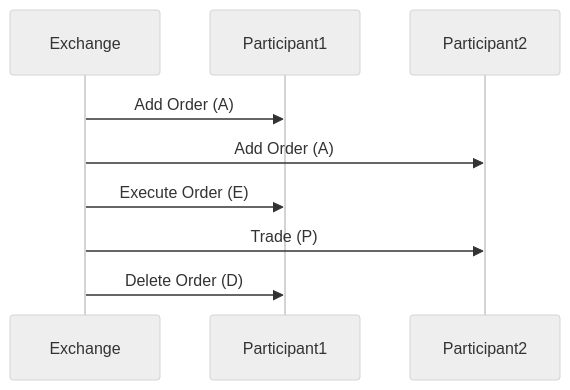
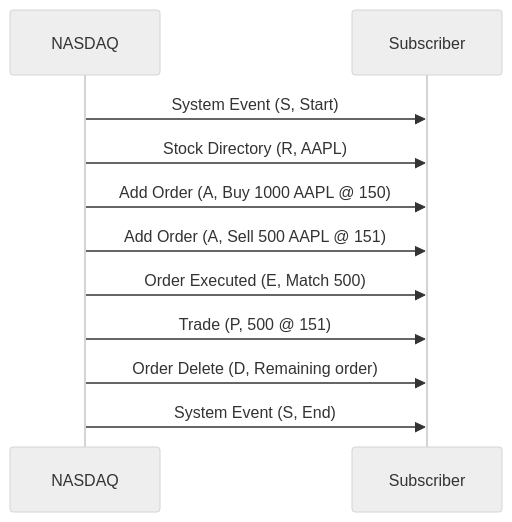
Before and after one commit to VrushankPatel/interview-matters: the diagram in trading/protocols/itch-protocol/README.md, drawn with Mermaid (neutral theme). The commit also changed other lines of this file and 66 other files, not shown here.

````diff
--- a/trading/protocols/itch-protocol/README.md
+++ b/trading/protocols/itch-protocol/README.md
@@ -61,12 +72,14 @@
 ```mermaid
 sequenceDiagram
-    participant Exchange
-    participant Participant1
-    participant Participant2
+    participant N as NASDAQ
+    participant S as Subscriber
 
-    Exchange->>Participant1: Add Order (A)
-    Exchange->>Participant2: Add Order (A)
-    Exchange->>Participant1: Execute Order (E)
-    Exchange->>Participant2: Trade (P)
-    Exchange->>Participant1: Delete Order (D)
+    N->>S: System Event (S, Start)
+    N->>S: Stock Directory (R, AAPL)
+    N->>S: Add Order (A, Buy 1000 AAPL @ 150)
+    N->>S: Add Order (A, Sell 500 AAPL @ 151)
+    N->>S: Order Executed (E, Match 500)
+    N->>S: Trade (P, 500 @ 151)
+    N->>S: Order Delete (D, Remaining order)
+    N->>S: System Event (S, End)
 ```
````
